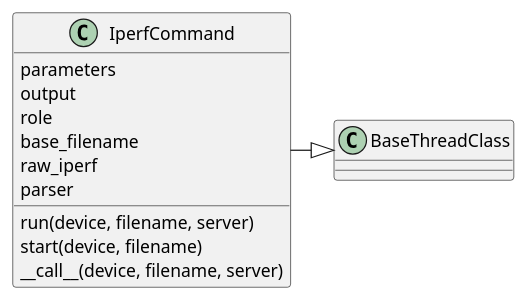
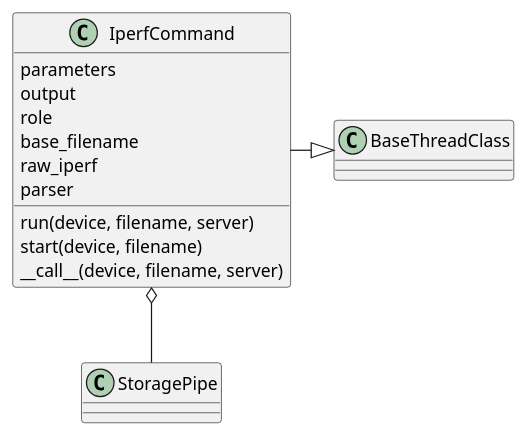
Before and after one commit to russell-n/oldape: the fourth of 4 diagrams in apetools/commands/iperfcommand.rst, drawn with PlantUML. The commit also changed other lines of this file and 32 other files, not shown here.

```diff
--- a/apetools/commands/iperfcommand.rst
+++ b/apetools/commands/iperfcommand.rst
@@ -76,12 +76,13 @@
 .. uml::
 
    IperfCommand -|> BaseThreadClass
+   IperfCommand o-- StoragePipe
    IperfCommand : parameters
    IperfCommand : output
    IperfCommand : role
    IperfCommand : base_filename
    IperfCommand : raw_iperf
    IperfCommand : parser
    IperfCommand : run(device, filename, server)
    IperfCommand : start(device, filename)
    IperfCommand : __call__(device, filename, server)
```
